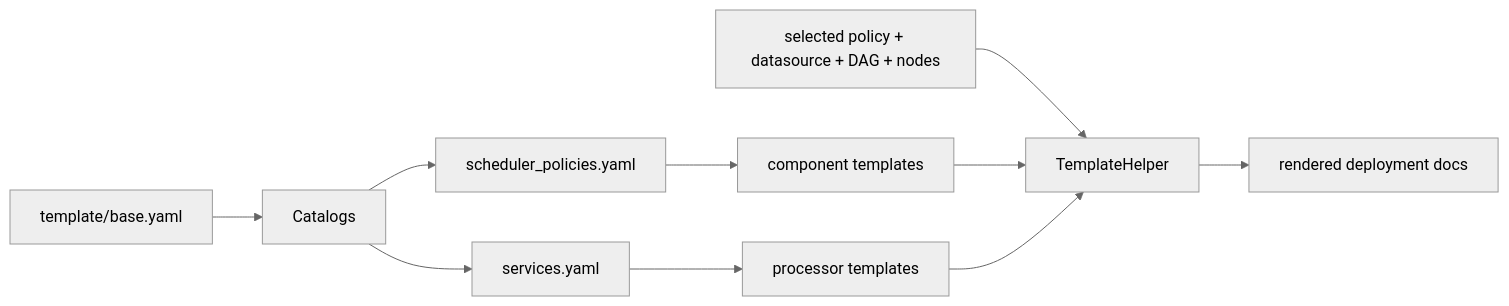
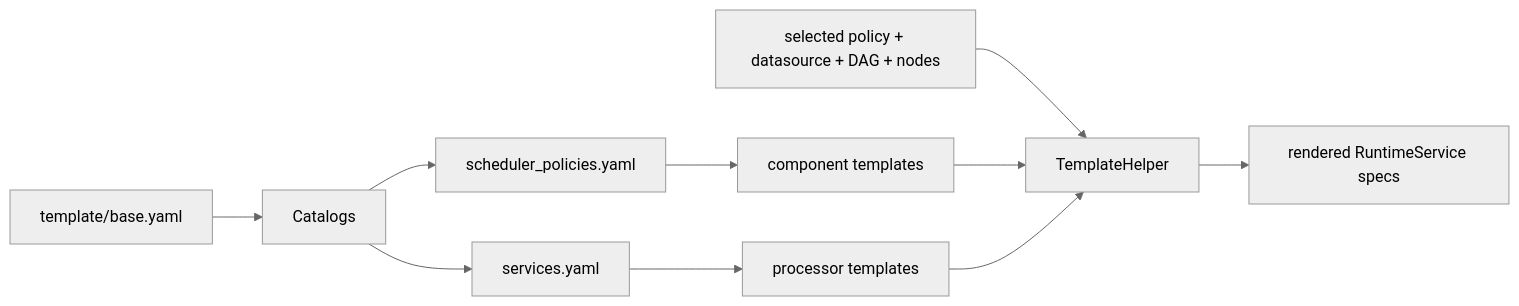
The diagram in docs/configuration/README.md (dayu-autostreamer/dayu), drawn with Mermaid (neutral theme) before and after one commit. The commit also changed other lines of this file and 148 other files, not shown here.

````diff
--- a/docs/configuration/README.md
+++ b/docs/configuration/README.md
@@ -22,12 +23,12 @@
 ```mermaid
 flowchart LR
     BASE["template/base.yaml"] --> CAT["Catalogs"]
     CAT --> POL["scheduler_policies.yaml"]
     CAT --> SVC["services.yaml"]
     POL --> COMP["component templates"]
     SVC --> PROC["processor templates"]
     USER["selected policy + datasource + DAG + nodes"] --> HELPER["TemplateHelper"]
     COMP --> HELPER
     PROC --> HELPER
-    HELPER --> MANIFEST["rendered deployment docs"]
+    HELPER --> MANIFEST["rendered RuntimeService specs"]
 ```
````
